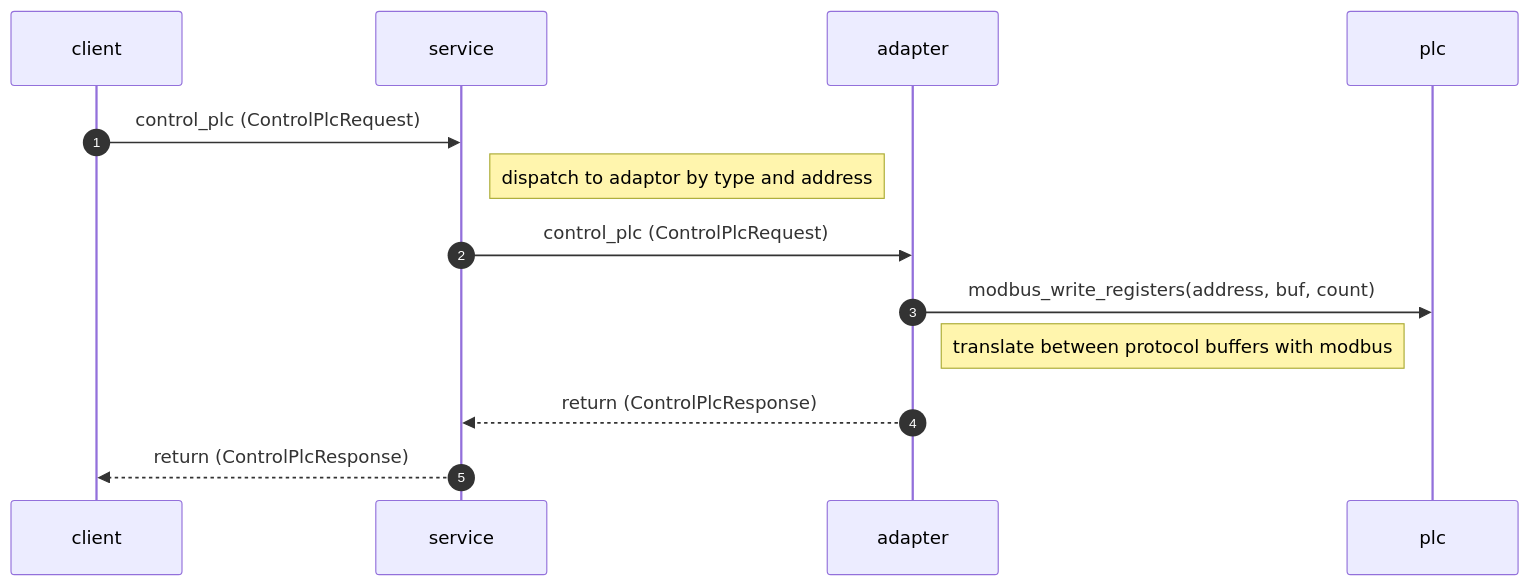
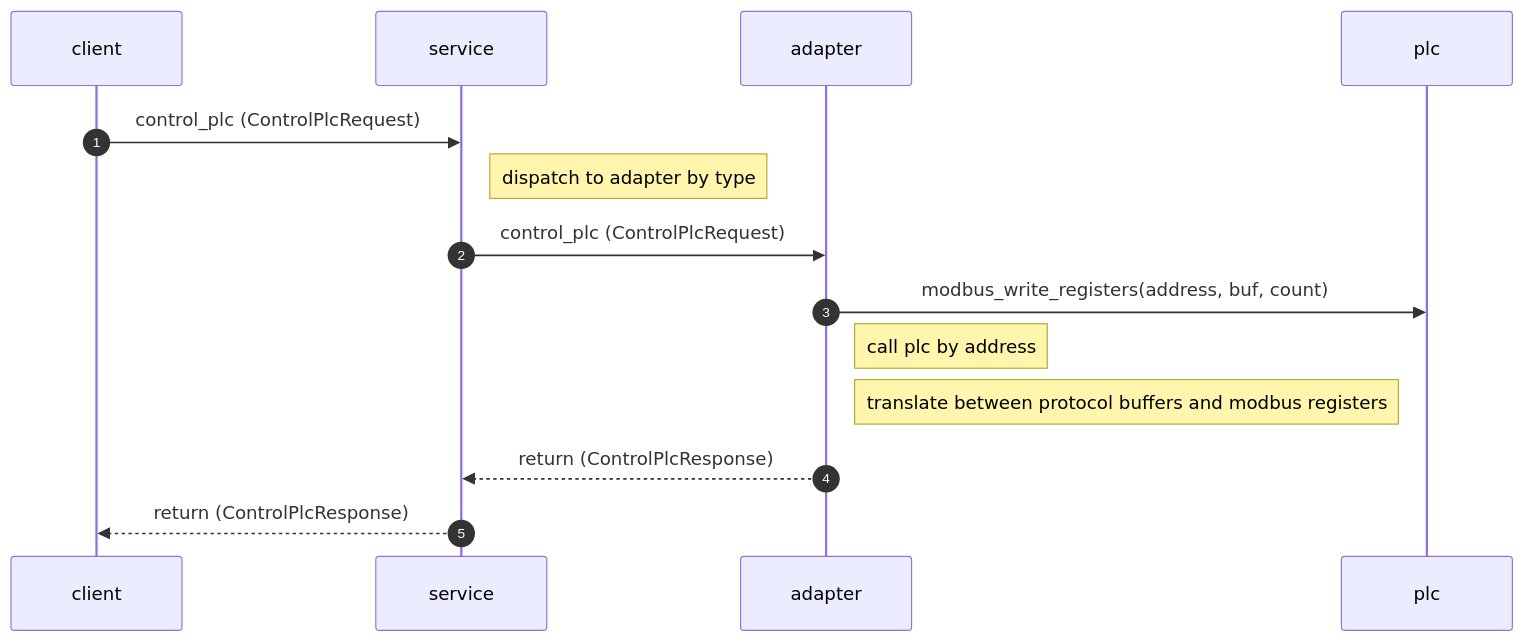
One commit to FutureOrientedGB/plc_control changed the sixth of 7 diagrams in README.md. Above: the diagram before and after it, drawn with Mermaid. The commit also changed other lines of this file and 15 other files, not shown here.

Commit message:
[doc] [plc_proto] [plc_service] one plc adapter handle one type of plc devices, service dispatch rpc call by plc type

````diff
--- a/README.md
+++ b/README.md
@@ -61,16 +66,17 @@
 ```mermaid
 sequenceDiagram
     autonumber
     participant client
     participant service
     participant adapter
     participant plc
 
 client->>service: control_plc (ControlPlcRequest)
-Note right of service: dispatch to adaptor by type and address
+Note right of service: dispatch to adapter by type
 service->>adapter: control_plc (ControlPlcRequest)
 adapter->>plc: modbus_write_registers(address, buf, count)
-Note right of adapter: translate between protocol buffers with modbus
+Note right of adapter: call plc by address
+Note right of adapter: translate between protocol buffers and modbus registers
 adapter-->>service: return (ControlPlcResponse)
 service-->>client: return (ControlPlcResponse)
 ```
````
